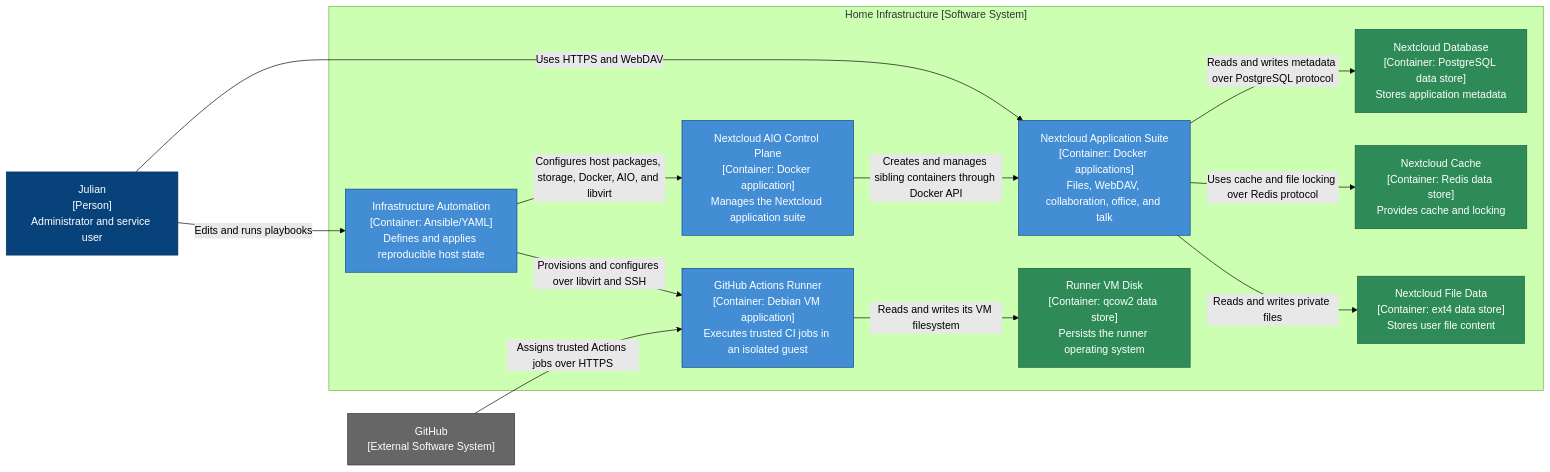
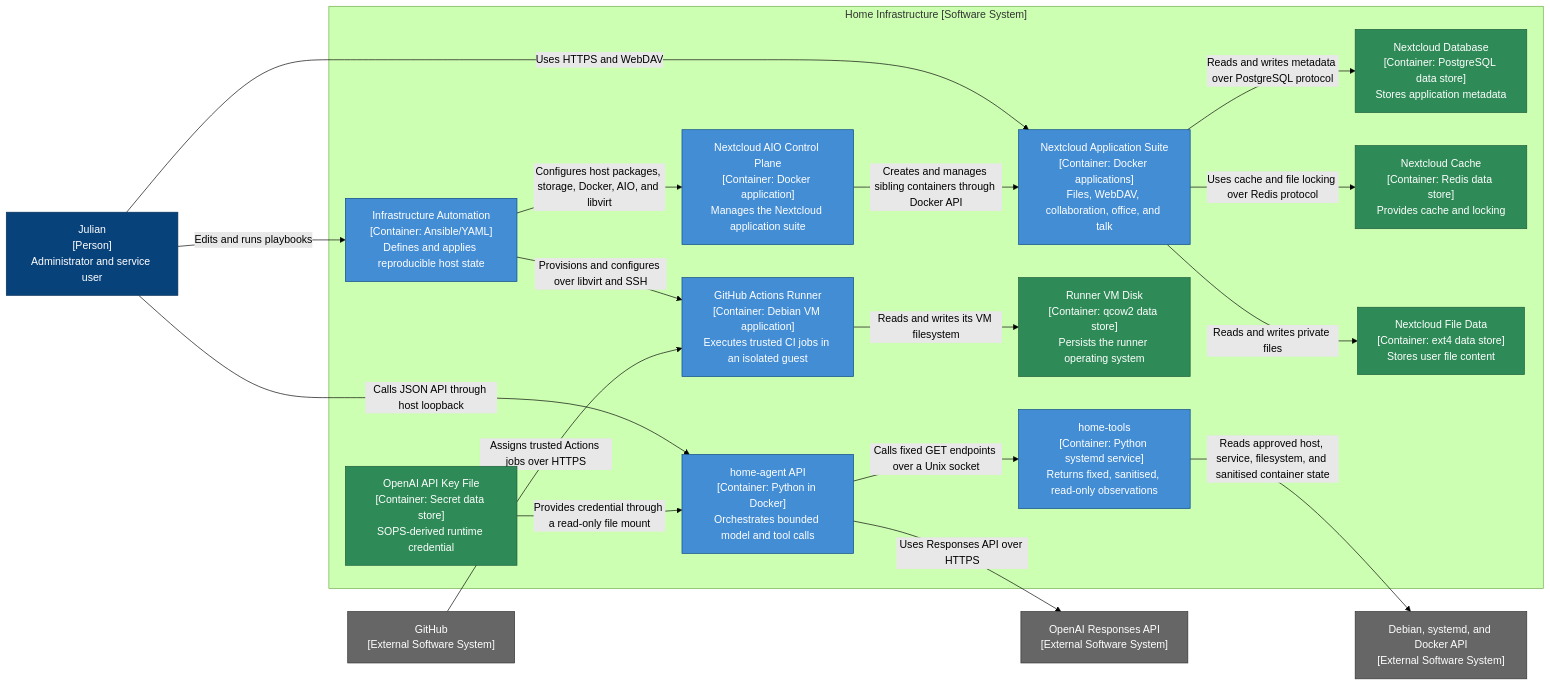
One commit to KandlerLi/home-infra-docs changed the diagram in docs/architecture/current/container.md. Above: the diagram before and after it, drawn with Mermaid (forest theme). The commit also changed other lines of this file and 24 other files, not shown here.

Commit message:
Document deployed private home agent

````diff
--- a/docs/architecture/current/container.md
+++ b/docs/architecture/current/container.md
@@ -10,36 +10,46 @@
 ```mermaid
 flowchart LR
     person["Julian<br/>[Person]<br/>Administrator and service user"]
     github["GitHub<br/>[External Software System]"]
+    openai["OpenAI Responses API<br/>[External Software System]"]
+    host["Debian, systemd, and Docker API<br/>[External Software System]"]
 
     subgraph home["Home Infrastructure [Software System]"]
         automation["Infrastructure Automation<br/>[Container: Ansible/YAML]<br/>Defines and applies reproducible host state"]
         aio_master["Nextcloud AIO Control Plane<br/>[Container: Docker application]<br/>Manages the Nextcloud application suite"]
         nextcloud["Nextcloud Application Suite<br/>[Container: Docker applications]<br/>Files, WebDAV, collaboration, office, and talk"]
         postgres["Nextcloud Database<br/>[Container: PostgreSQL data store]<br/>Stores application metadata"]
         redis["Nextcloud Cache<br/>[Container: Redis data store]<br/>Provides cache and locking"]
         data["Nextcloud File Data<br/>[Container: ext4 data store]<br/>Stores user file content"]
         runner["GitHub Actions Runner<br/>[Container: Debian VM application]<br/>Executes trusted CI jobs in an isolated guest"]
         runner_disk["Runner VM Disk<br/>[Container: qcow2 data store]<br/>Persists the runner operating system"]
+        agent["home-agent API<br/>[Container: Python in Docker]<br/>Orchestrates bounded model and tool calls"]
+        tools["home-tools<br/>[Container: Python systemd service]<br/>Returns fixed, sanitised, read-only observations"]
+        agent_key["OpenAI API Key File<br/>[Container: Secret data store]<br/>SOPS-derived runtime credential"]
     end
 
     person -->|"Edits and runs playbooks"| automation
     automation -->|"Configures host packages, storage, Docker, AIO, and libvirt"| aio_master
     automation -->|"Provisions and configures over libvirt and SSH"| runner
     person -->|"Uses HTTPS and WebDAV"| nextcloud
     aio_master -->|"Creates and manages sibling containers through Docker API"| nextcloud
     nextcloud -->|"Reads and writes metadata over PostgreSQL protocol"| postgres
     nextcloud -->|"Uses cache and file locking over Redis protocol"| redis
     nextcloud -->|"Reads and writes private files"| data
     github -->|"Assigns trusted Actions jobs over HTTPS"| runner
     runner -->|"Reads and writes its VM filesystem"| runner_disk
+    person -->|"Calls JSON API through host loopback"| agent
+    agent -->|"Uses Responses API over HTTPS"| openai
+    agent -->|"Calls fixed GET endpoints over a Unix socket"| tools
+    agent_key -->|"Provides credential through a read-only file mount"| agent
+    tools -->|"Reads approved host, service, filesystem, and sanitised container state"| host
 
     classDef person fill:#08427b,color:#fff,stroke:#052e56
     classDef external fill:#666,color:#fff,stroke:#333
     classDef container fill:#438dd5,color:#fff,stroke:#0b4884
     classDef datastore fill:#2e8b57,color:#fff,stroke:#1d5c3a
     class person person
-    class github external
-    class automation,aio_master,nextcloud,runner container
-    class postgres,redis,data,runner_disk datastore
+    class github,openai,host external
+    class automation,aio_master,nextcloud,runner,agent,tools container
+    class postgres,redis,data,runner_disk,agent_key datastore
 ```
````
